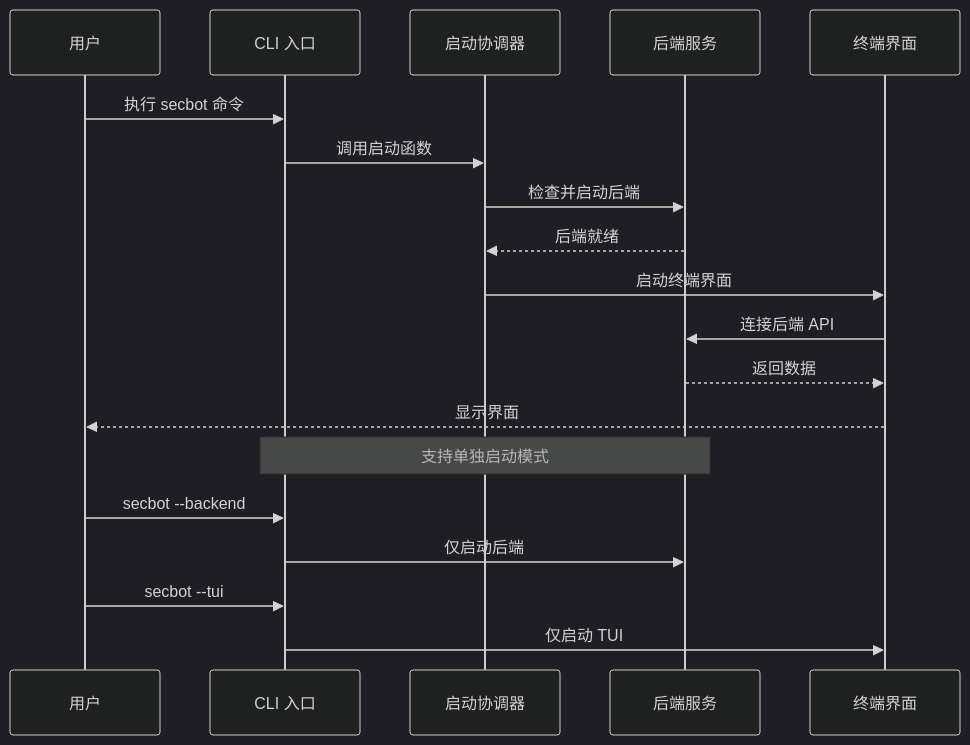
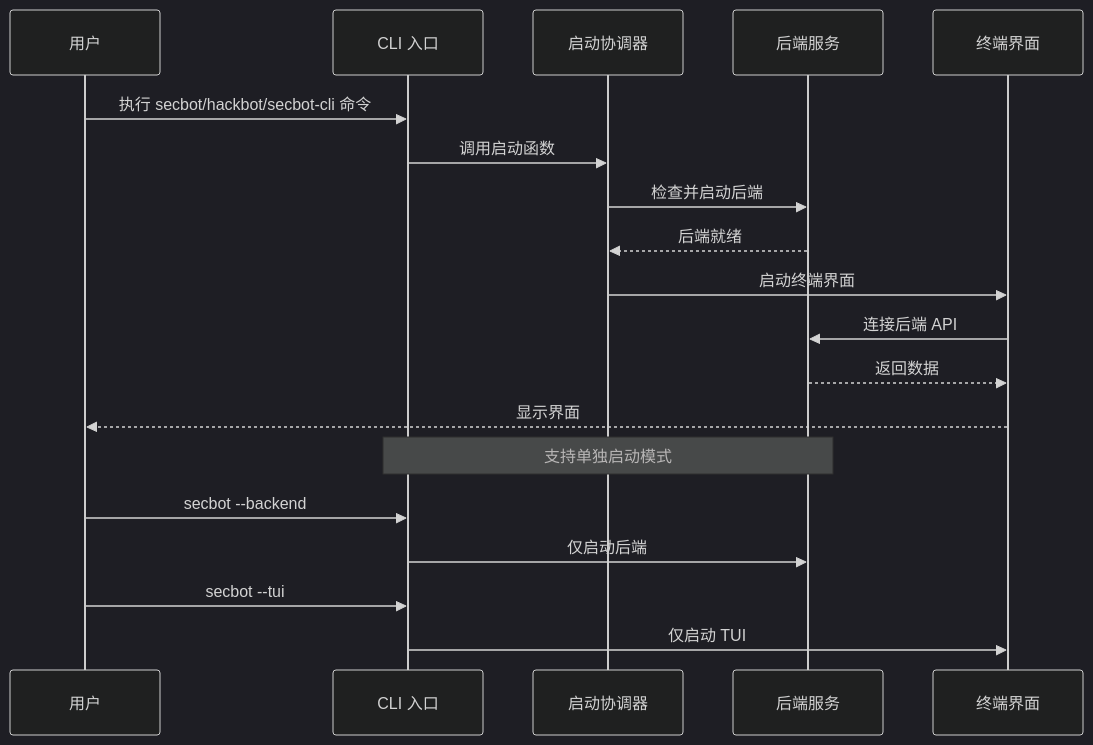
The second of 8 diagrams in .qoder/repowiki/zh/content/Cli System.md (iammm0/secbot), drawn with Mermaid (dark theme) before and after one commit. The commit also changed other lines of this file and 10 other files, not shown here.

````diff
--- a/.qoder/repowiki/zh/content/Cli System.md
+++ b/.qoder/repowiki/zh/content/Cli System.md
@@ -124,21 +140,21 @@
 ```mermaid
 sequenceDiagram
 participant User as 用户
 participant CLI as CLI 入口
 participant Launcher as 启动协调器
 participant Backend as 后端服务
 participant TUI as 终端界面
-User->>CLI : 执行 secbot 命令
+User->>CLI : 执行 secbot/hackbot/secbot-cli 命令
 CLI->>Launcher : 调用启动函数
 Launcher->>Backend : 检查并启动后端
 Backend-->>Launcher : 后端就绪
 Launcher->>TUI : 启动终端界面
 TUI->>Backend : 连接后端 API
 Backend-->>TUI : 返回数据
 TUI-->>User : 显示界面
 Note over CLI,Backend : 支持单独启动模式
 User->>CLI : secbot --backend
 CLI->>Backend : 仅启动后端
 User->>CLI : secbot --tui
 CLI->>TUI : 仅启动 TUI
 ```
````
